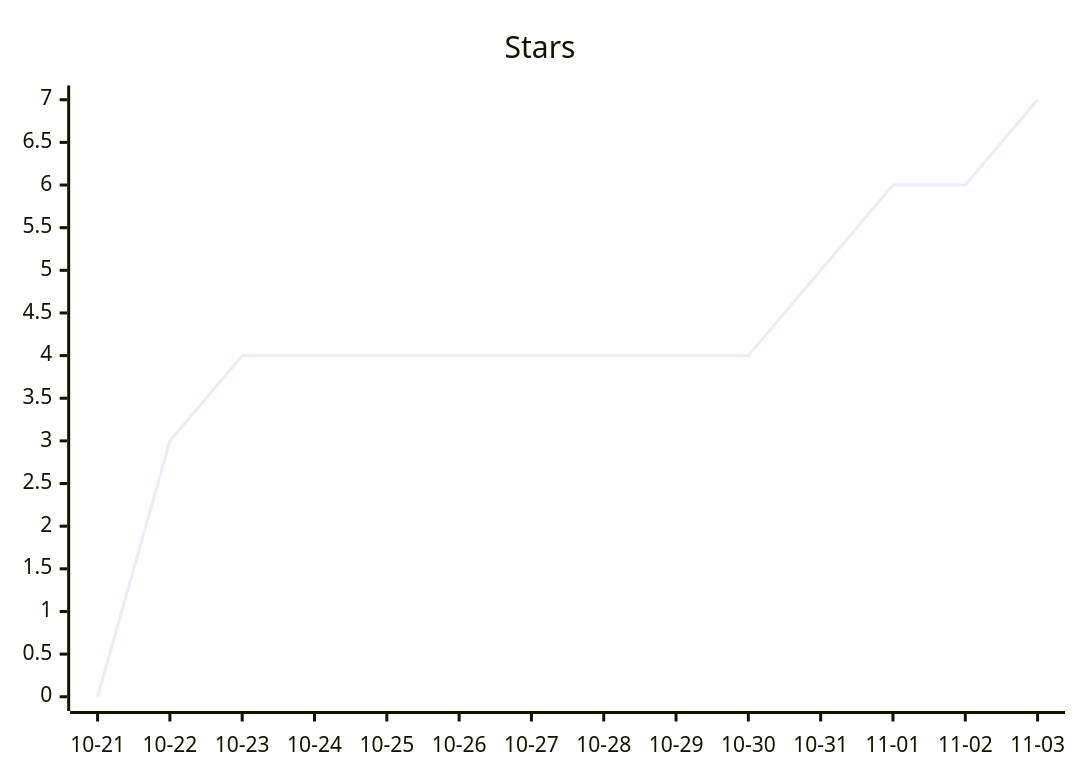
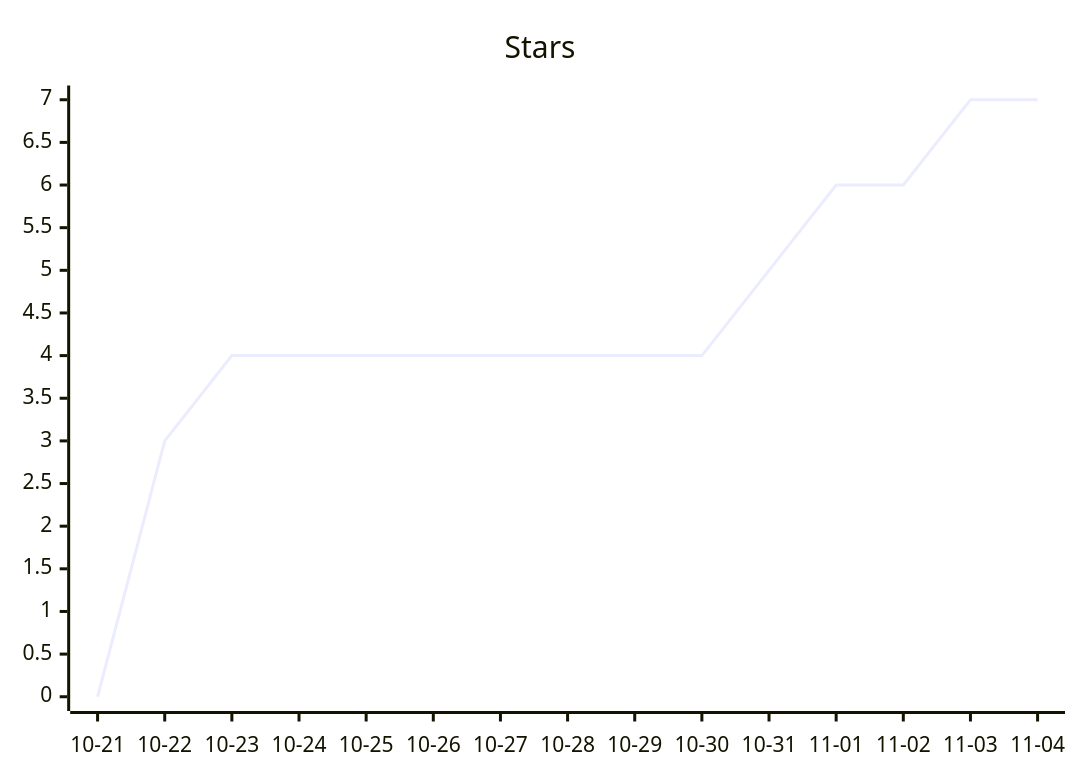
One commit to ArtemkaGoldMan/ContextSwitcher changed the second of 3 diagrams in README.md. Above: the diagram before and after it, drawn with Mermaid. The commit also changed other lines of this file and 6 other files, not shown here.

````diff
--- a/README.md
+++ b/README.md
@@ -43,6 +43,6 @@
 ```mermaid
 xychart-beta
     title "Stars"
-    x-axis ["10-21", "10-22", "10-23", "10-24", "10-25", "10-26", "10-27", "10-28", "10-29", "10-30", "10-31", "11-01", "11-02", "11-03"]
-    line [0, 3, 4, 4, 4, 4, 4, 4, 4, 4, 5, 6, 6, 7]
+    x-axis ["10-21", "10-22", "10-23", "10-24", "10-25", "10-26", "10-27", "10-28", "10-29", "10-30", "10-31", "11-01", "11-02", "11-03", "11-04"]
+    line [0, 3, 4, 4, 4, 4, 4, 4, 4, 4, 5, 6, 6, 7, 7]
 ```
````
